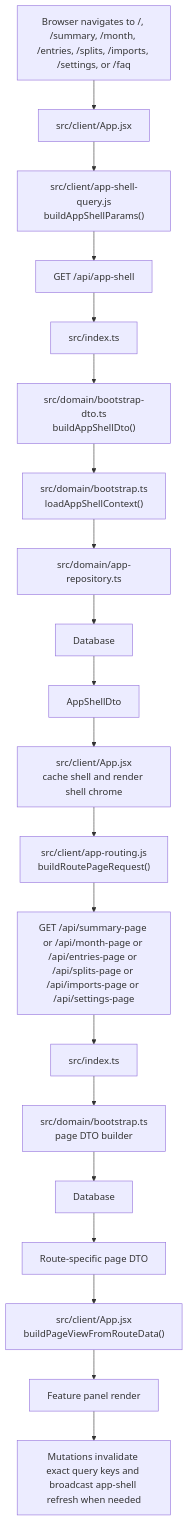
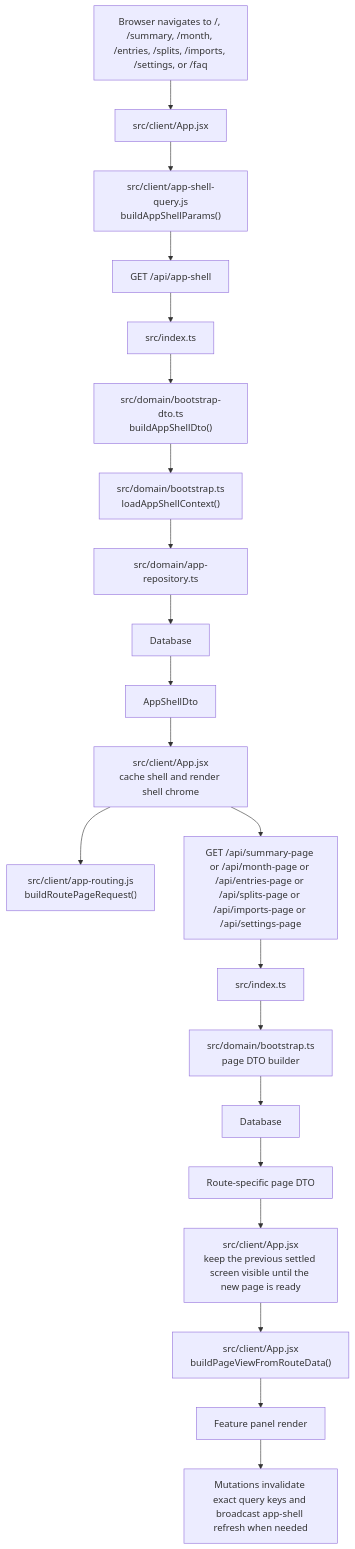
One commit to timothysantos/monies-map changed the diagram in docs/app-shell-flow.md. Above: the diagram before and after it, drawn with Mermaid. The commit also changed other lines of this file and 5 other files, not shown here.

````diff
--- a/docs/app-shell-flow.md
+++ b/docs/app-shell-flow.md
@@ -9,22 +9,23 @@
 ```mermaid
 flowchart TD
   A["Browser navigates to /, /summary, /month, /entries, /splits, /imports, /settings, or /faq"] --> B["src/client/App.jsx"]
   B --> C["src/client/app-shell-query.js<br/>buildAppShellParams()"]
   C --> D["GET /api/app-shell"]
   D --> E["src/index.ts"]
   E --> F["src/domain/bootstrap-dto.ts<br/>buildAppShellDto()"]
   F --> G["src/domain/bootstrap.ts<br/>loadAppShellContext()"]
   G --> H["src/domain/app-repository.ts"]
   H --> I["Database"]
   I --> J["AppShellDto"]
   J --> K["src/client/App.jsx<br/>cache shell and render shell chrome"]
   K --> L["src/client/app-routing.js<br/>buildRoutePageRequest()"]
-  L --> M["GET /api/summary-page or /api/month-page or /api/entries-page or /api/splits-page or /api/imports-page or /api/settings-page"]
+  K --> M["GET /api/summary-page or /api/month-page or /api/entries-page or /api/splits-page or /api/imports-page or /api/settings-page"]
   M --> N["src/index.ts"]
   N --> O["src/domain/bootstrap.ts<br/>page DTO builder"]
   O --> P["Database"]
   P --> Q["Route-specific page DTO"]
-  Q --> R["src/client/App.jsx<br/>buildPageViewFromRouteData()"]
-  R --> S["Feature panel render"]
-  S --> T["Mutations invalidate exact query keys and broadcast app-shell refresh when needed"]
+  Q --> R["src/client/App.jsx<br/>keep the previous settled screen visible until the new page is ready"]
+  R --> S["src/client/App.jsx<br/>buildPageViewFromRouteData()"]
+  S --> T["Feature panel render"]
+  T --> U["Mutations invalidate exact query keys and broadcast app-shell refresh when needed"]
 ```
````
